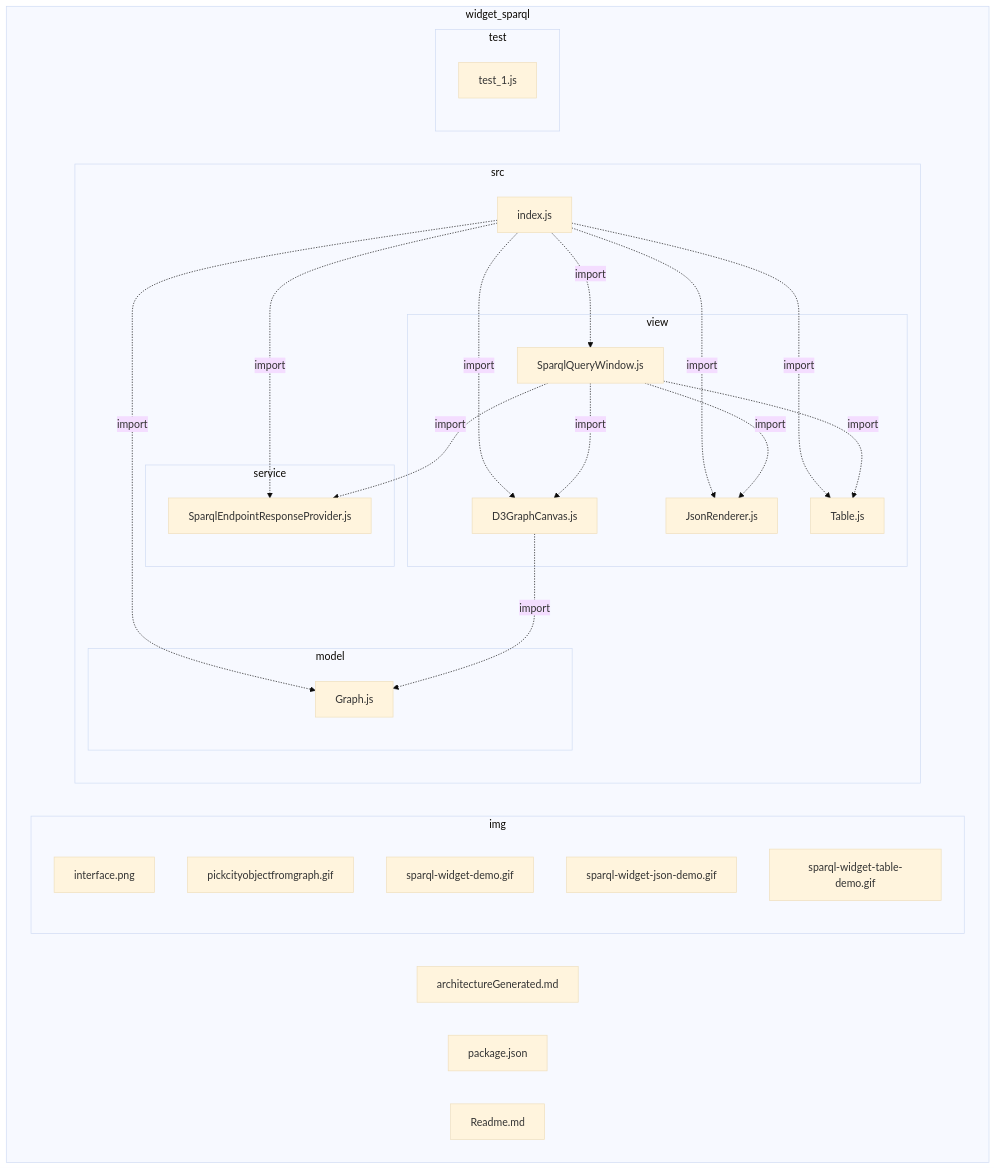
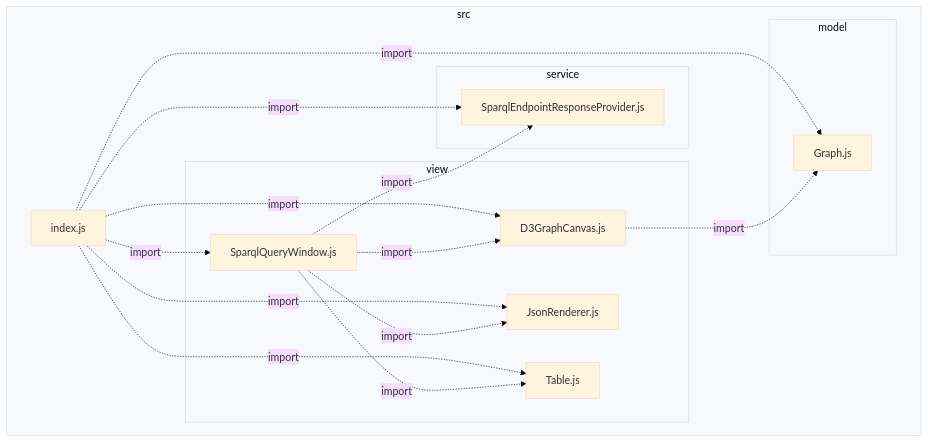
Before and after one commit to VCityTeam/UD-Viz: the diagram in packages/widget_sparql/architectureGenerated.md, drawn with Mermaid (base theme). The commit also changed 25 other files, not shown here.

Commit message:
update(doc):generate diagrams from *package*/src/

````diff
--- a/packages/widget_sparql/architectureGenerated.md
+++ b/packages/widget_sparql/architectureGenerated.md
@@ -1,44 +1,29 @@
 ```mermaid
 flowchart
- subgraph IDwidget5fsparql["widget_sparql"]
-  IDwidget5fsparqlArchitectureGenerated2emd["architectureGenerated.md"]
-  IDwidget5fsparqlPackage2ejson["package.json"]
-  IDwidget5fsparqlReadme2emd["Readme.md"]
-  subgraph IDwidget5fsparqlImg["img"]
-   IDwidget5fsparqlImgInterface2epng["interface.png"]
-   IDwidget5fsparqlImgPickcityobjectfromgraph2egif["pickcityobjectfromgraph.gif"]
-   IDwidget5fsparqlImgSparql2dwidget2ddemo2egif["sparql-widget-demo.gif"]
-   IDwidget5fsparqlImgSparql2dwidget2djson2ddemo2egif["sparql-widget-json-demo.gif"]
-   IDwidget5fsparqlImgSparql2dwidget2dtable2ddemo2egif["sparql-widget-table-demo.gif"]
+ subgraph IDsrc["src"]
+  IDsrcIndex2ejs["index.js"]
+  subgraph IDsrcModel["model"]
+   IDsrcModelGraph2ejs["Graph.js"]
   end
-  subgraph IDwidget5fsparqlSrc["src"]
-   IDwidget5fsparqlSrcIndex2ejs["index.js"]
-   subgraph IDwidget5fsparqlSrcModel["model"]
-    IDwidget5fsparqlSrcModelGraph2ejs["Graph.js"]
-   end
-   subgraph IDwidget5fsparqlSrcService["service"]
-    IDwidget5fsparqlSrcServiceSparqlEndpointResponseProvider2ejs["SparqlEndpointResponseProvider.js"]
-   end
-   subgraph IDwidget5fsparqlSrcView["view"]
-    IDwidget5fsparqlSrcViewD3GraphCanvas2ejs["D3GraphCanvas.js"]
-    IDwidget5fsparqlSrcViewJsonRenderer2ejs["JsonRenderer.js"]
-    IDwidget5fsparqlSrcViewSparqlQueryWindow2ejs["SparqlQueryWindow.js"]
-    IDwidget5fsparqlSrcViewTable2ejs["Table.js"]
-   end
+  subgraph IDsrcService["service"]
+   IDsrcServiceSparqlEndpointResponseProvider2ejs["SparqlEndpointResponseProvider.js"]
   end
-  subgraph IDwidget5fsparqlTest["test"]
-   IDwidget5fsparqlTestTest5f12ejs["test_1.js"]
+  subgraph IDsrcView["view"]
+   IDsrcViewD3GraphCanvas2ejs["D3GraphCanvas.js"]
+   IDsrcViewJsonRenderer2ejs["JsonRenderer.js"]
+   IDsrcViewSparqlQueryWindow2ejs["SparqlQueryWindow.js"]
+   IDsrcViewTable2ejs["Table.js"]
   end
  end
-IDwidget5fsparqlSrcIndex2ejs-.->|import|IDwidget5fsparqlSrcViewD3GraphCanvas2ejs
-IDwidget5fsparqlSrcIndex2ejs-.->|import|IDwidget5fsparqlSrcViewJsonRenderer2ejs
-IDwidget5fsparqlSrcIndex2ejs-.->|import|IDwidget5fsparqlSrcViewSparqlQueryWindow2ejs
-IDwidget5fsparqlSrcIndex2ejs-.->|import|IDwidget5fsparqlSrcViewTable2ejs
-IDwidget5fsparqlSrcIndex2ejs-.->|import|IDwidget5fsparqlSrcServiceSparqlEndpointResponseProvider2ejs
-IDwidget5fsparqlSrcIndex2ejs-.->|import|IDwidget5fsparqlSrcModelGraph2ejs
-IDwidget5fsparqlSrcViewD3GraphCanvas2ejs-.->|import|IDwidget5fsparqlSrcModelGraph2ejs
-IDwidget5fsparqlSrcViewSparqlQueryWindow2ejs-.->|import|IDwidget5fsparqlSrcServiceSparqlEndpointResponseProvider2ejs
-IDwidget5fsparqlSrcViewSparqlQueryWindow2ejs-.->|import|IDwidget5fsparqlSrcViewD3GraphCanvas2ejs
-IDwidget5fsparqlSrcViewSparqlQueryWindow2ejs-.->|import|IDwidget5fsparqlSrcViewTable2ejs
-IDwidget5fsparqlSrcViewSparqlQueryWindow2ejs-.->|import|IDwidget5fsparqlSrcViewJsonRenderer2ejs
+IDsrcIndex2ejs-.->|import|IDsrcViewD3GraphCanvas2ejs
+IDsrcIndex2ejs-.->|import|IDsrcViewJsonRenderer2ejs
+IDsrcIndex2ejs-.->|import|IDsrcViewSparqlQueryWindow2ejs
+IDsrcIndex2ejs-.->|import|IDsrcViewTable2ejs
+IDsrcIndex2ejs-.->|import|IDsrcServiceSparqlEndpointResponseProvider2ejs
+IDsrcIndex2ejs-.->|import|IDsrcModelGraph2ejs
+IDsrcViewD3GraphCanvas2ejs-.->|import|IDsrcModelGraph2ejs
+IDsrcViewSparqlQueryWindow2ejs-.->|import|IDsrcServiceSparqlEndpointResponseProvider2ejs
+IDsrcViewSparqlQueryWindow2ejs-.->|import|IDsrcViewD3GraphCanvas2ejs
+IDsrcViewSparqlQueryWindow2ejs-.->|import|IDsrcViewTable2ejs
+IDsrcViewSparqlQueryWindow2ejs-.->|import|IDsrcViewJsonRenderer2ejs
 ```
````
